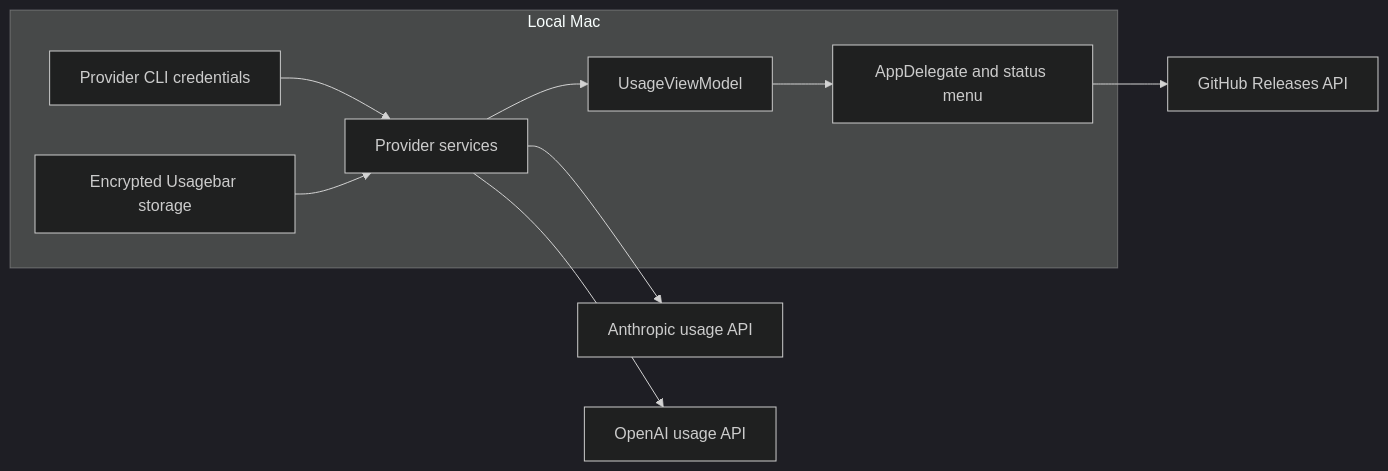
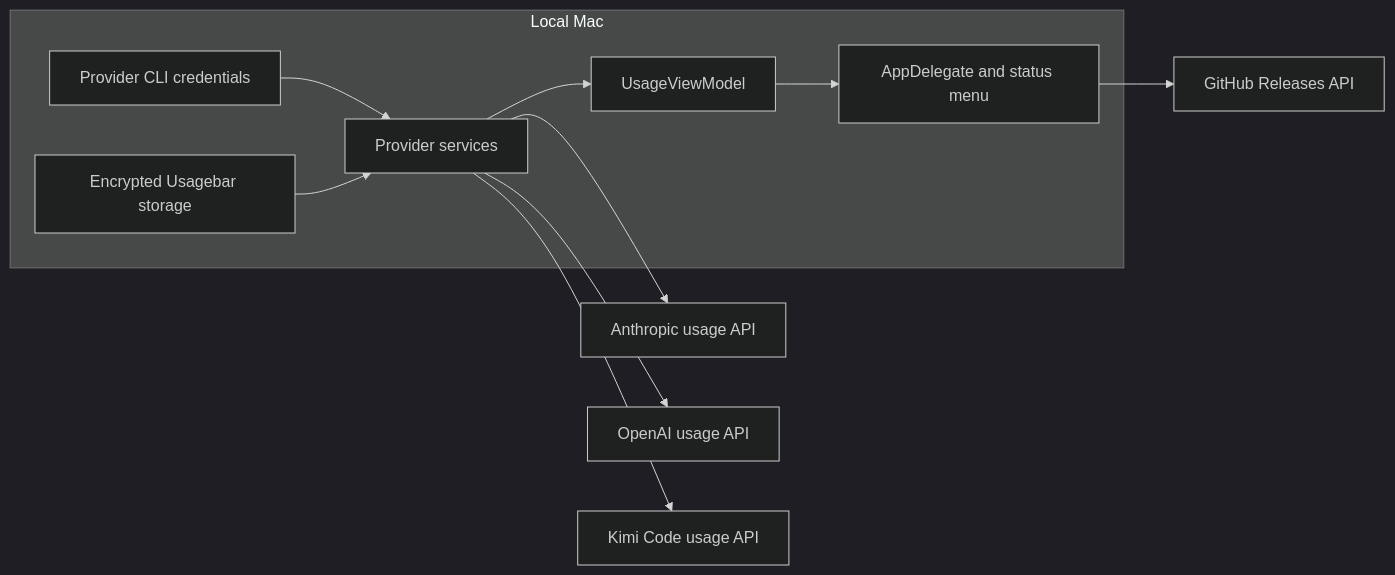
Before and after one commit to betoxf/Usagebar: the diagram in docs/ARCHITECTURE.md, drawn with Mermaid (dark theme). The commit also changed other lines of this file and 7 other files, not shown here.

Commit message:
Add Kimi usage support

````diff
--- a/docs/ARCHITECTURE.md
+++ b/docs/ARCHITECTURE.md
@@ -5,17 +5,18 @@
 ```mermaid
 flowchart LR
     subgraph Local["Local Mac"]
         CLI["Provider CLI credentials"]
         Store["Encrypted Usagebar storage"]
         Services["Provider services"]
         VM["UsageViewModel"]
         UI["AppDelegate and status menu"]
         CLI --> Services
         Store --> Services
         Services --> VM
         VM --> UI
     end
     Services --> Claude["Anthropic usage API"]
     Services --> Codex["OpenAI usage API"]
+    Services --> Kimi["Kimi Code usage API"]
     UI --> Releases["GitHub Releases API"]
 ```
````
